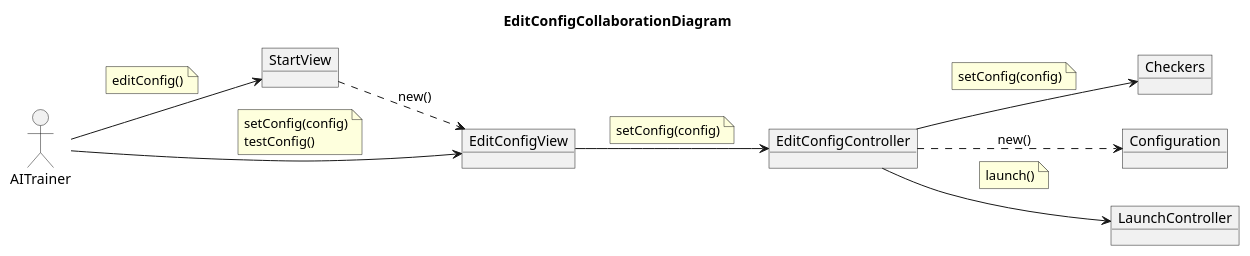
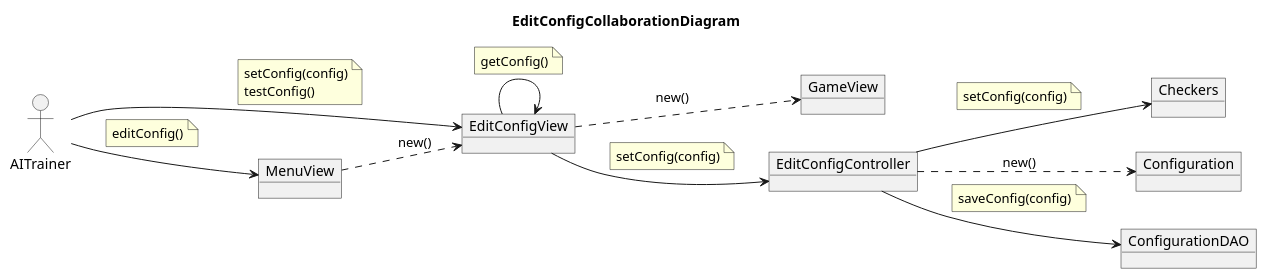
Before and after one commit to Master-Desarrollo-20-21/patrones-diseno---practica-final---juego-de-las-damas-fraylopez: the diagram in docs/src/analysis/use-cases/editconfig-colab.plantuml, drawn with PlantUML. The commit also changed 2 other files, not shown here.

```diff
--- a/docs/src/analysis/use-cases/editconfig-colab.plantuml
+++ b/docs/src/analysis/use-cases/editconfig-colab.plantuml
@@ -1,46 +1,49 @@
 @startuml EditConfigCollaborationDiagram
 title EditConfigCollaborationDiagram
 allow_mixing
 left to right direction
 
 actor AITrainer
 
 object Checkers
-object StartView
 object EditConfigView
+object MenuView
+object GameView
 object EditConfigController
 object Configuration
-object LaunchController
+object ConfigurationDAO
 
-AITrainer --> StartView
+AITrainer --> MenuView
 note on link
     editConfig()
 end note
-
-StartView ..> EditConfigView : new()
-
 AITrainer --> EditConfigView
 note on link
     setConfig(config)
     testConfig()
+end note
+MenuView ..> EditConfigView : new()
+
+EditConfigView --> EditConfigView
+note on link
+    getConfig()
 end note
 
 EditConfigView --> EditConfigController
 note on link
     setConfig(config)
 end note
 
+EditConfigController --> ConfigurationDAO
+note on link
+    saveConfig(config)
+end note
+EditConfigView .down.> GameView : new()
+
 EditConfigController ..> Configuration : new()
 
 EditConfigController --> Checkers
 note on link
     setConfig(config)
 end note
-
-EditConfigController --> LaunchController
-note on link
-    launch()
-end note
-
-
 @enduml
```
